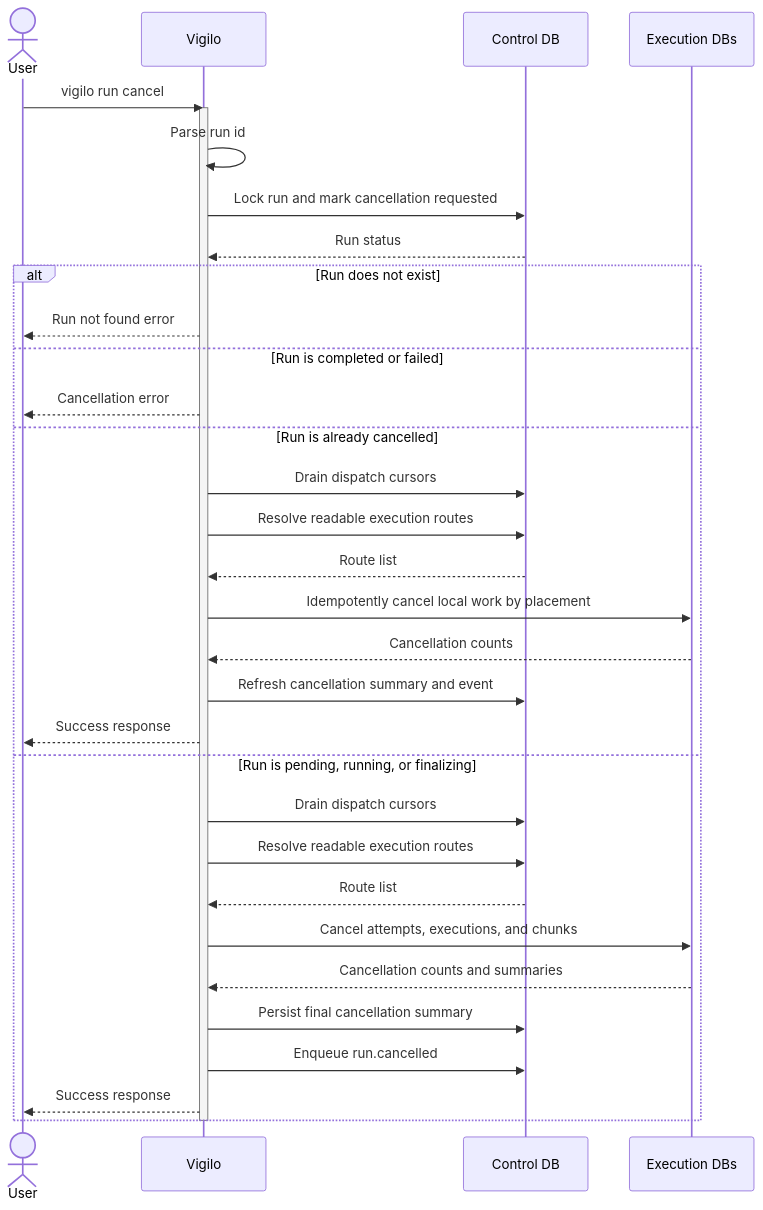
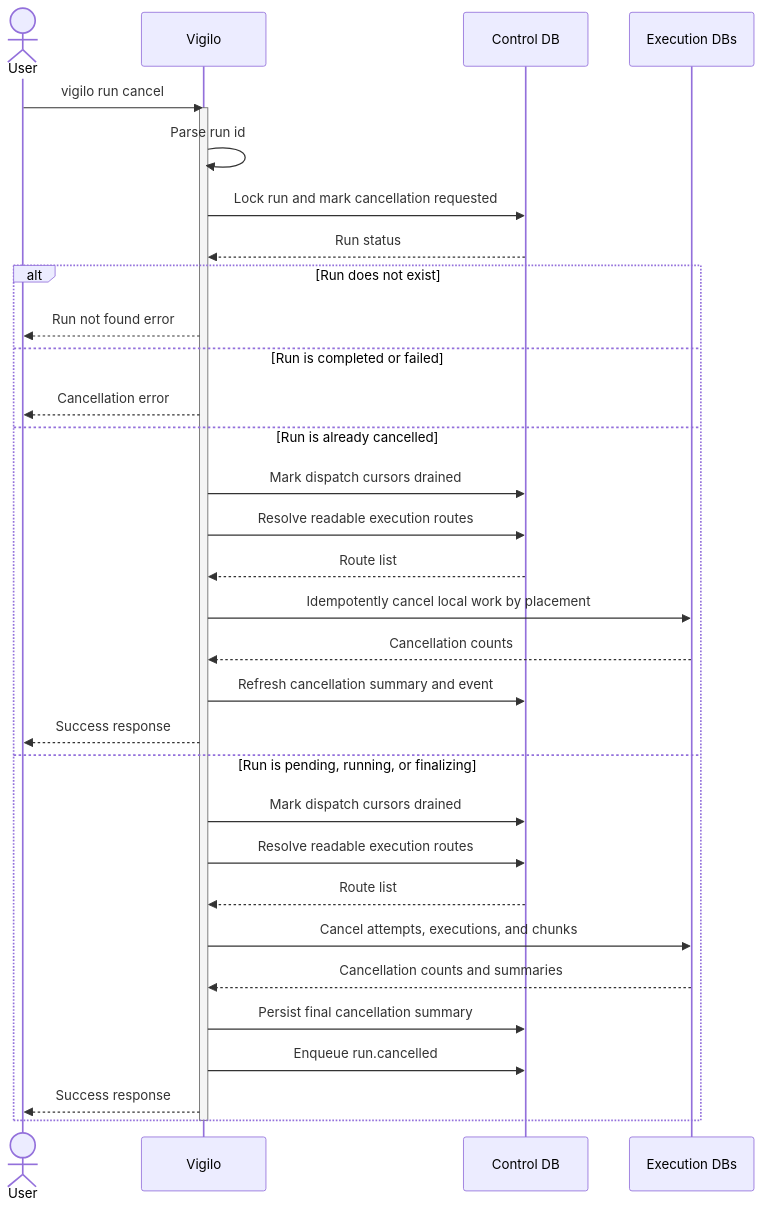
The diagram in web/docs/architecture/flows/run/cancel/execution-flow.mmd (gregl83/agent-vigilo), drawn with Mermaid before and after one commit. The commit also changed 44 other files, not shown here.

```diff
--- a/web/docs/architecture/flows/run/cancel/execution-flow.mmd
+++ b/web/docs/architecture/flows/run/cancel/execution-flow.mmd
@@ -1,43 +1,43 @@
 ---
 config:
   flowchart:
     nodeSpacing: 150
     rankSpacing: 80
   themeVariables:
     edgeLabelBackground: 'transparent'
 ---
 sequenceDiagram
     actor User
     participant Vigilo
     participant ControlDB as Control DB
     participant ExecDB as Execution DBs
 
     User->>Vigilo: vigilo run cancel
     activate Vigilo
     Vigilo->>Vigilo: Parse run id
     Vigilo->>ControlDB: Lock run and mark cancellation requested
     ControlDB-->>Vigilo: Run status
 
     alt Run does not exist
         Vigilo-->>User: Run not found error
     else Run is completed or failed
         Vigilo-->>User: Cancellation error
     else Run is already cancelled
-        Vigilo->>ControlDB: Drain dispatch cursors
+        Vigilo->>ControlDB: Mark dispatch cursors drained
         Vigilo->>ControlDB: Resolve readable execution routes
         ControlDB-->>Vigilo: Route list
         Vigilo->>ExecDB: Idempotently cancel local work by placement
         ExecDB-->>Vigilo: Cancellation counts
         Vigilo->>ControlDB: Refresh cancellation summary and event
         Vigilo-->>User: Success response
     else Run is pending, running, or finalizing
-        Vigilo->>ControlDB: Drain dispatch cursors
+        Vigilo->>ControlDB: Mark dispatch cursors drained
         Vigilo->>ControlDB: Resolve readable execution routes
         ControlDB-->>Vigilo: Route list
         Vigilo->>ExecDB: Cancel attempts, executions, and chunks
         ExecDB-->>Vigilo: Cancellation counts and summaries
         Vigilo->>ControlDB: Persist final cancellation summary
         Vigilo->>ControlDB: Enqueue run.cancelled
         Vigilo-->>User: Success response
     end
     deactivate Vigilo
```
